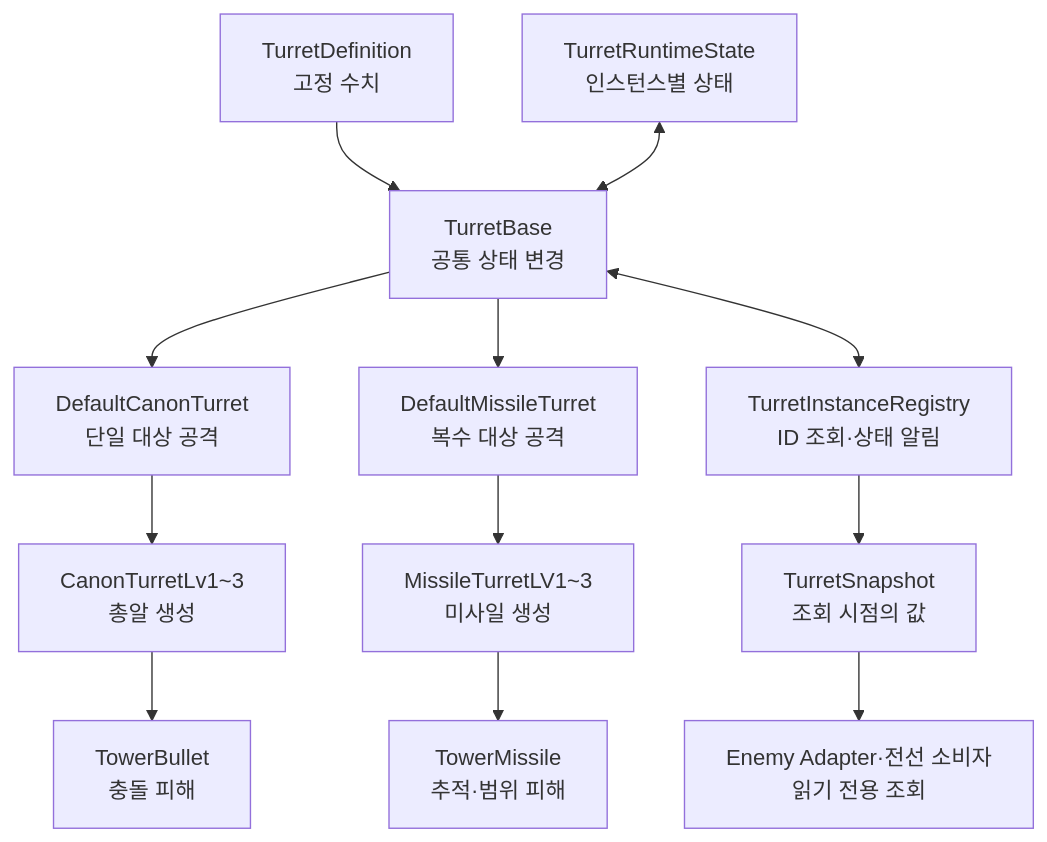
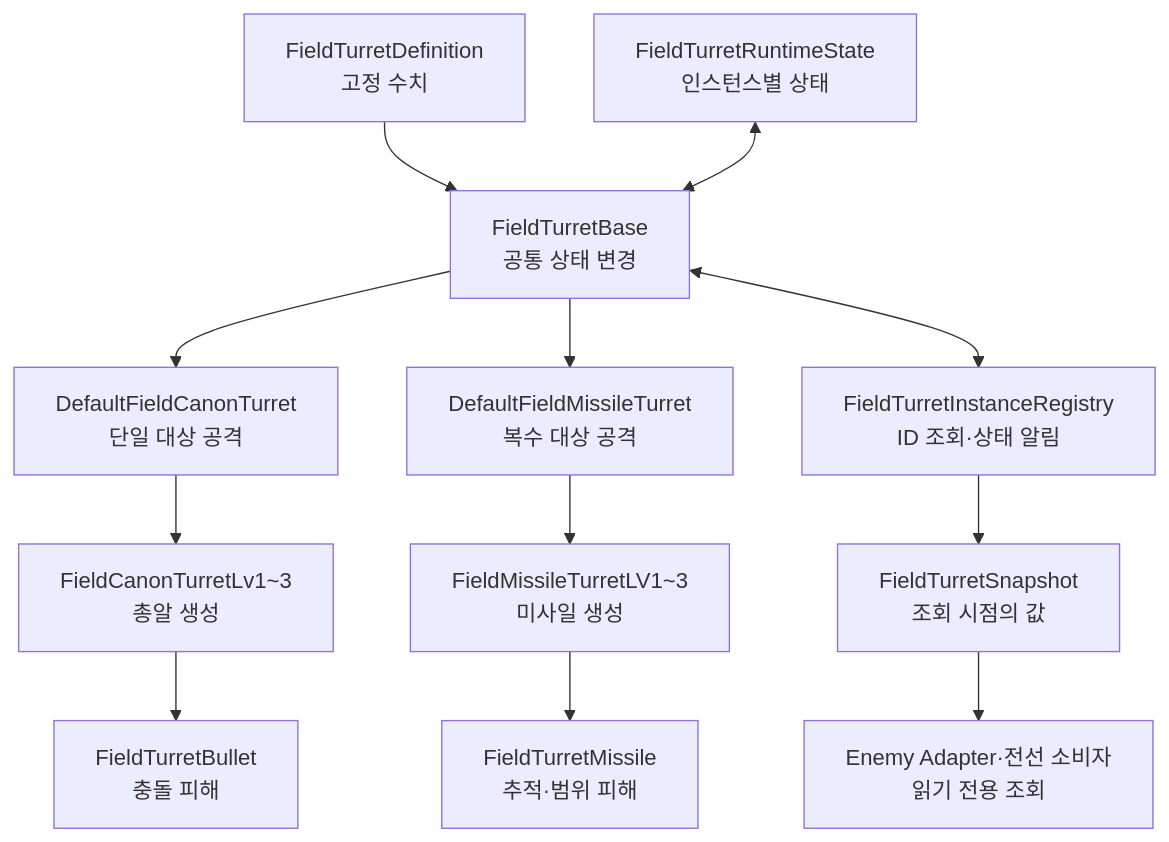
Before and after one commit to Team-HJD-21/unity-6-the-developer: the second of 17 diagrams in Docs/architecture/turret-system-guide.md, drawn with Mermaid. The commit also changed other lines of this file and 499 other files, not shown here.

First line of the commit message:
fix(turret): stabilize missile reservations and separate test controls (#547)

````diff
--- a/Docs/architecture/turret-system-guide.md
+++ b/Docs/architecture/turret-system-guide.md
@@ -94,14 +97,14 @@
 ```mermaid
 flowchart TD
-    Definition["TurretDefinition<br>고정 수치"] --> Base["TurretBase<br>공통 상태 변경"]
-    State["TurretRuntimeState<br>인스턴스별 상태"] <--> Base
-    Base --> Canon["DefaultCanonTurret<br>단일 대상 공격"]
-    Base --> Missile["DefaultMissileTurret<br>복수 대상 공격"]
-    Canon --> CanonLv["CanonTurretLv1~3<br>총알 생성"]
-    Missile --> MissileLv["MissileTurretLV1~3<br>미사일 생성"]
-    CanonLv --> Bullet["TowerBullet<br>충돌 피해"]
-    MissileLv --> Projectile["TowerMissile<br>추적·범위 피해"]
-    Base <--> Registry["TurretInstanceRegistry<br>ID 조회·상태 알림"]
-    Registry --> Snapshot["TurretSnapshot<br>조회 시점의 값"]
+    Definition["FieldTurretDefinition<br>고정 수치"] --> Base["FieldTurretBase<br>공통 상태 변경"]
+    State["FieldTurretRuntimeState<br>인스턴스별 상태"] <--> Base
+    Base --> Canon["DefaultFieldCanonTurret<br>단일 대상 공격"]
+    Base --> Missile["DefaultFieldMissileTurret<br>복수 대상 공격"]
+    Canon --> CanonLv["FieldCanonTurretLv1~3<br>총알 생성"]
+    Missile --> MissileLv["FieldMissileTurretLV1~3<br>미사일 생성"]
+    CanonLv --> Bullet["FieldTurretBullet<br>충돌 피해"]
+    MissileLv --> Projectile["FieldTurretMissile<br>추적·범위 피해"]
+    Base <--> Registry["FieldTurretInstanceRegistry<br>ID 조회·상태 알림"]
+    Registry --> Snapshot["FieldTurretSnapshot<br>조회 시점의 값"]
     Snapshot --> Consumers["Enemy Adapter·전선 소비자<br>읽기 전용 조회"]
 ```
````
